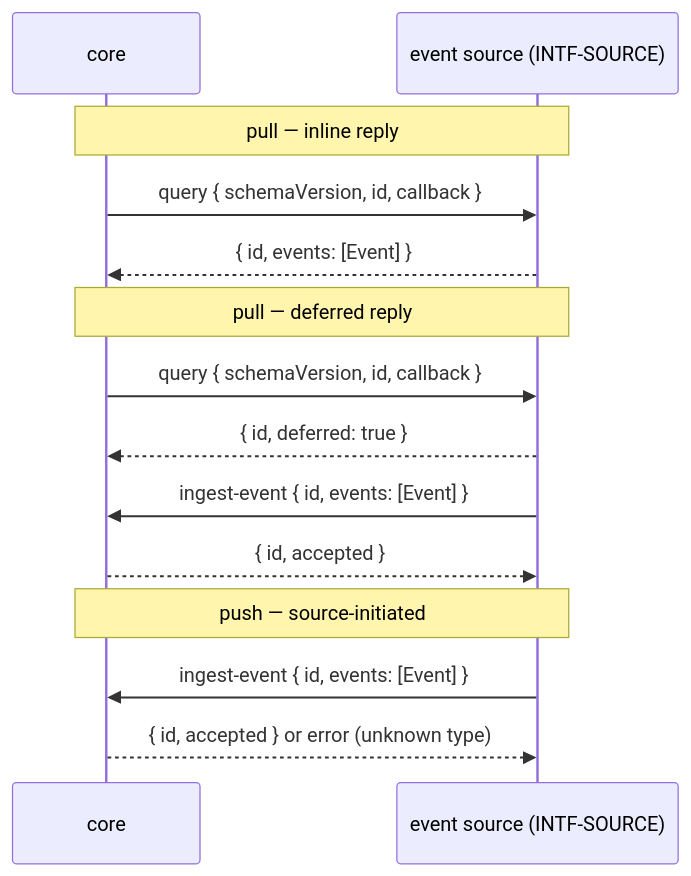
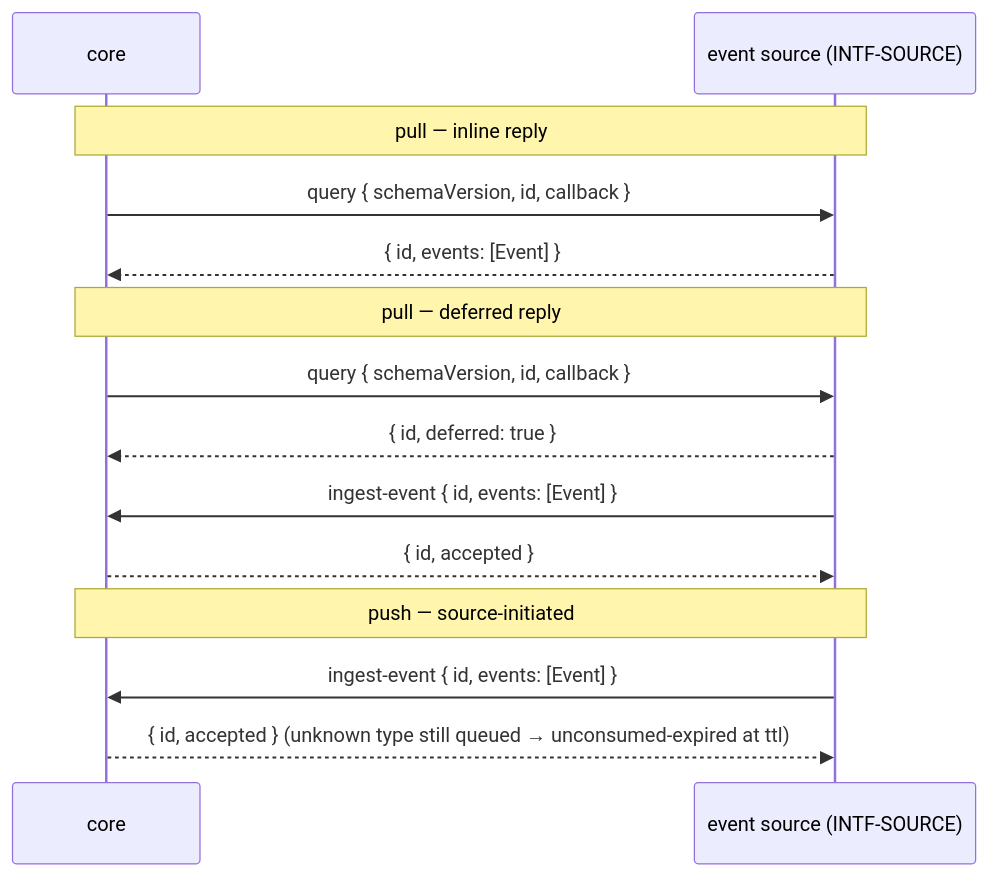
The third of 8 diagrams in packages/pr-pool/docs/behavior/interfaces.md (phillipgreenii/nix-agent-support), drawn with Mermaid before and after one commit. The commit also changed other lines of this file and 5 other files, not shown here.

````diff
--- a/packages/pr-pool/docs/behavior/interfaces.md
+++ b/packages/pr-pool/docs/behavior/interfaces.md
@@ -205,16 +206,16 @@
 ```mermaid
 sequenceDiagram
     participant Core as core
     participant Src as event source (INTF-SOURCE)
     Note over Core,Src: pull — inline reply
     Core->>Src: query { schemaVersion, id, callback }
     Src-->>Core: { id, events: [Event] }
     Note over Core,Src: pull — deferred reply
     Core->>Src: query { schemaVersion, id, callback }
     Src-->>Core: { id, deferred: true }
     Src->>Core: ingest-event { id, events: [Event] }
     Core-->>Src: { id, accepted }
     Note over Core,Src: push — source-initiated
     Src->>Core: ingest-event { id, events: [Event] }
-    Core-->>Src: { id, accepted }  or  error (unknown type)
+    Core-->>Src: { id, accepted }  (unknown type still queued → unconsumed-expired at ttl)
 ```
````
